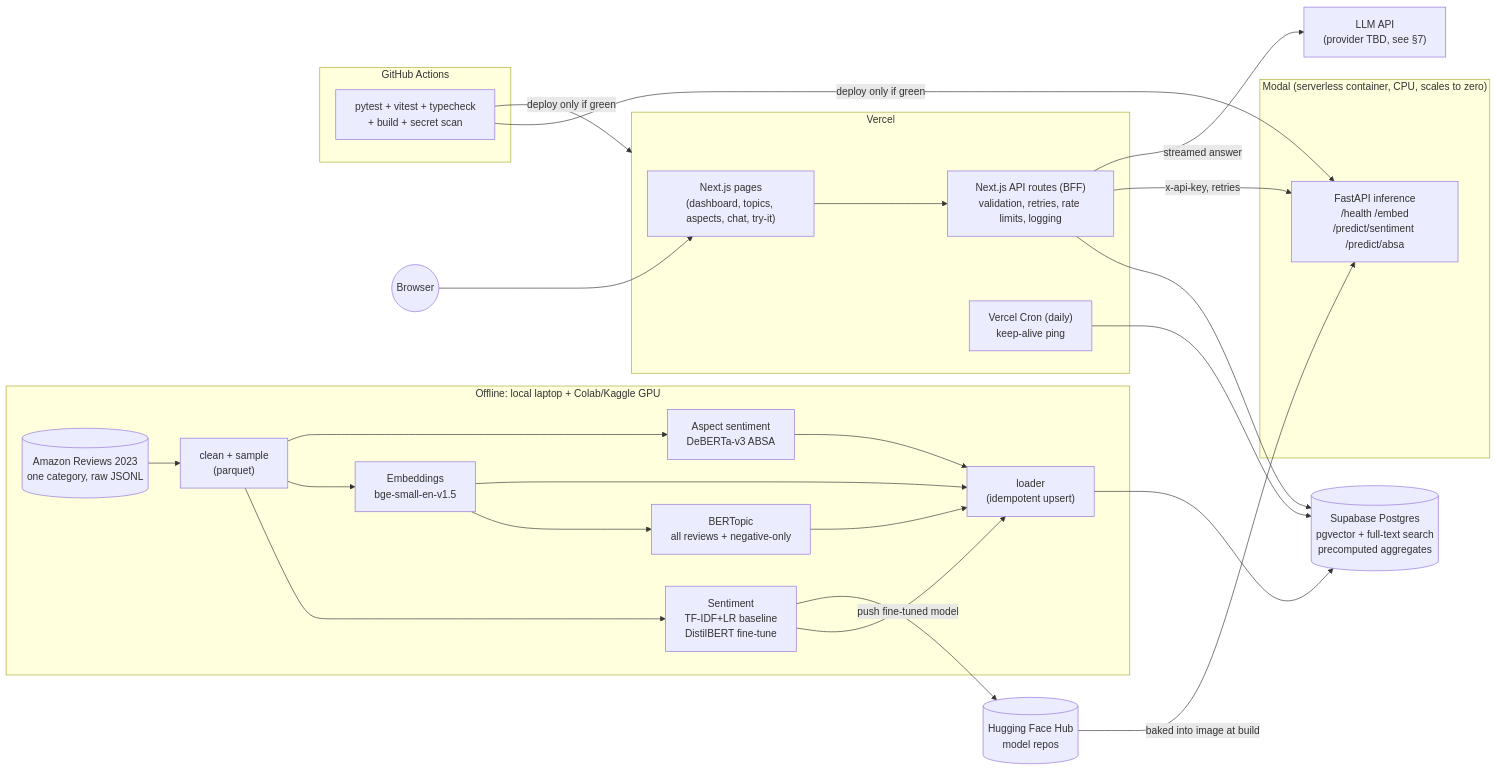
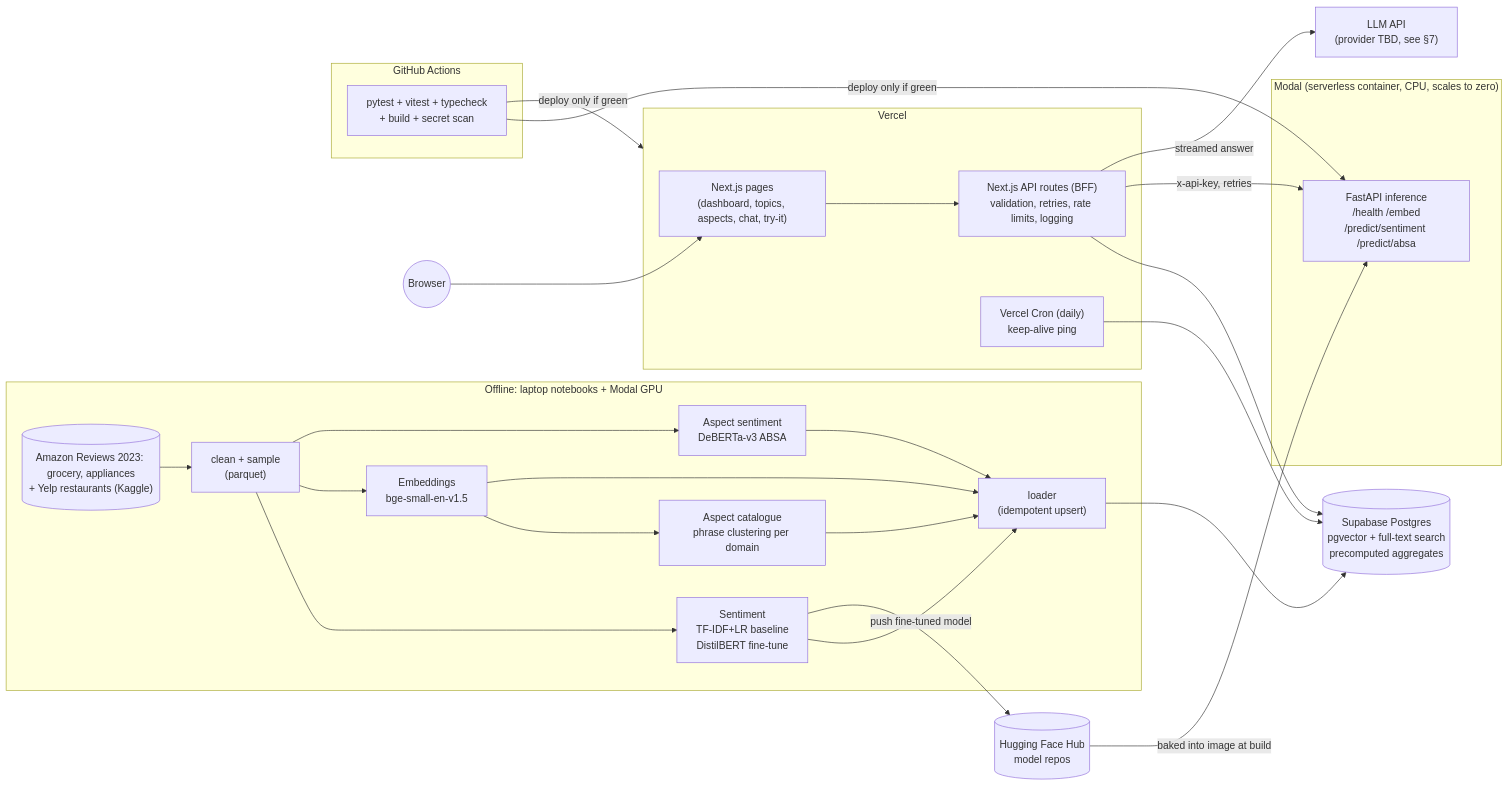
One commit to SCARXZ-1864/DS_ML changed the first of 2 diagrams in PLAN.md. Above: the diagram before and after it, drawn with Mermaid. The commit also changed other lines of this file and 74 other files, not shown here.

````diff
--- a/PLAN.md
+++ b/PLAN.md
@@ -23,42 +44,42 @@
 ```mermaid
 flowchart LR
-  subgraph OFF["Offline: local laptop + Colab/Kaggle GPU"]
-    RAW[("Amazon Reviews 2023<br/>one category, raw JSONL")] --> CLEAN["clean + sample<br/>(parquet)"]
+  subgraph OFF["Offline: laptop notebooks + Modal GPU"]
+    RAW[("Amazon Reviews 2023: grocery, appliances<br/>+ Yelp restaurants (Kaggle)")] --> CLEAN["clean + sample<br/>(parquet)"]
     CLEAN --> SENT["Sentiment<br/>TF-IDF+LR baseline<br/>DistilBERT fine-tune"]
     CLEAN --> EMB["Embeddings<br/>bge-small-en-v1.5"]
-    EMB --> TOP["BERTopic<br/>all reviews + negative-only"]
+    EMB --> TOP["Aspect catalogue<br/>phrase clustering per domain"]
     CLEAN --> ABSA["Aspect sentiment<br/>DeBERTa-v3 ABSA"]
     SENT --> LOAD["loader<br/>(idempotent upsert)"]
     TOP --> LOAD
     ABSA --> LOAD
     EMB --> LOAD
   end
 
   SENT -- "push fine-tuned model" --> HUB[("Hugging Face Hub<br/>model repos")]
   LOAD --> DB[("Supabase Postgres<br/>pgvector + full-text search<br/>precomputed aggregates")]
 
   subgraph MODAL["Modal (serverless container, CPU, scales to zero)"]
     INF["FastAPI inference<br/>/health /embed<br/>/predict/sentiment /predict/absa"]
   end
   HUB -- "baked into image at build" --> INF
 
   subgraph VC["Vercel"]
     UI["Next.js pages<br/>(dashboard, topics, aspects, chat, try-it)"]
     API["Next.js API routes (BFF)<br/>validation, retries, rate limits, logging"]
     CRON["Vercel Cron (daily)<br/>keep-alive ping"]
   end
 
   USER(("Browser")) --> UI
   UI --> API
   API --> DB
   API -- "x-api-key, retries" --> INF
   API -- "streamed answer" --> LLM["LLM API<br/>(provider TBD, see §7)"]
   CRON --> DB
   %% no keep-alive for Modal: it scales to zero by design; pages send a warm-up ping instead
 
   subgraph CI["GitHub Actions"]
     TESTS["pytest + vitest + typecheck<br/>+ build + secret scan"]
   end
   TESTS -- "deploy only if green" --> INF
   TESTS -- "deploy only if green" --> VC
 ```
````
